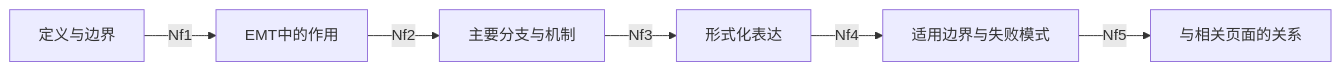
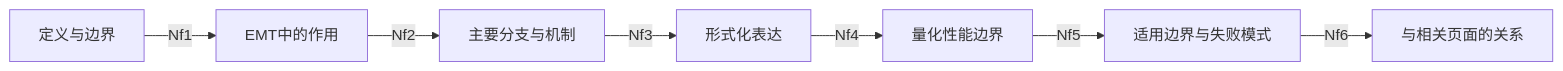
Before and after one commit to chenyingthu/EMT_wiki: the diagram in wiki/topics/renewable-storage/energy-storage-system.md, drawn with Mermaid. The commit also changed other lines of this file and 603 other files, not shown here.

````diff
--- a/wiki/topics/renewable-storage/energy-storage-system.md
+++ b/wiki/topics/renewable-storage/energy-storage-system.md
@@ -11,14 +12,16 @@
 ```mermaid
 graph LR
     N0[定义与边界]
     N1[EMT中的作用]
     N0 -->|Nf1| N1
     N2[主要分支与机制]
     N1 -->|Nf2| N2
     N3[形式化表达]
     N2 -->|Nf3| N3
-    N4[适用边界与失败模式]
+    N4[量化性能边界]
     N3 -->|Nf4| N4
-    N5[与相关页面的关系]
+    N5[适用边界与失败模式]
     N4 -->|Nf5| N5
+    N6[与相关页面的关系]
+    N5 -->|Nf6| N6
 ```
````
